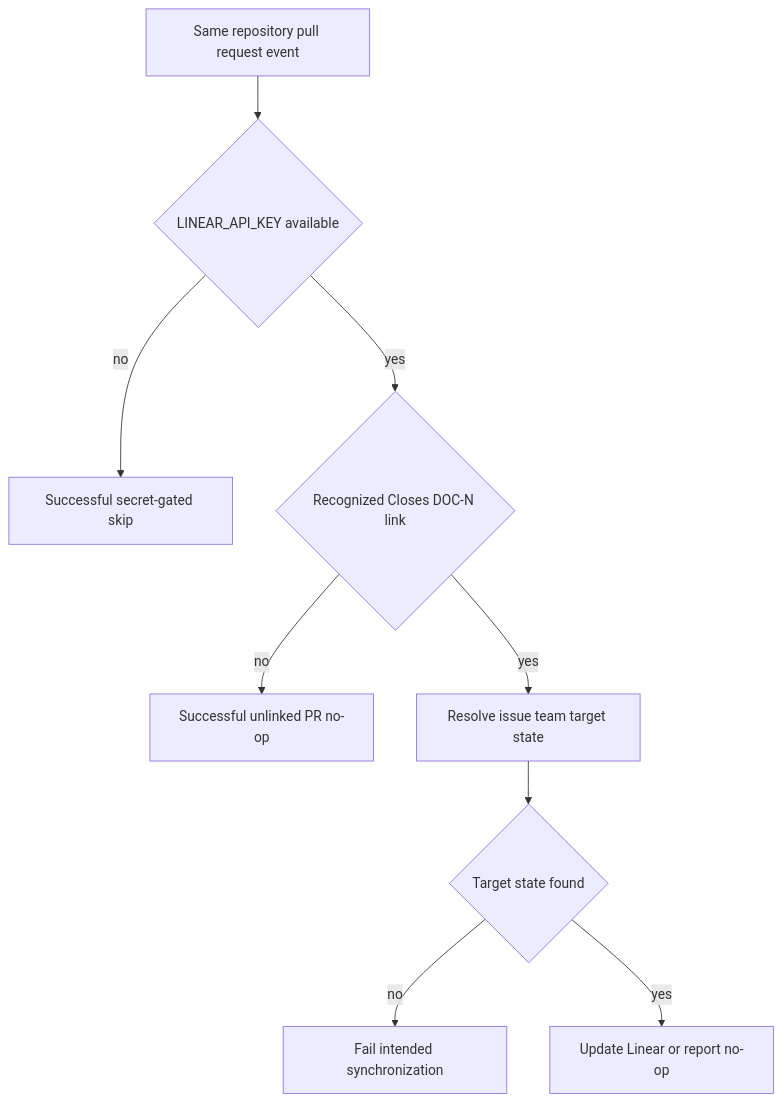
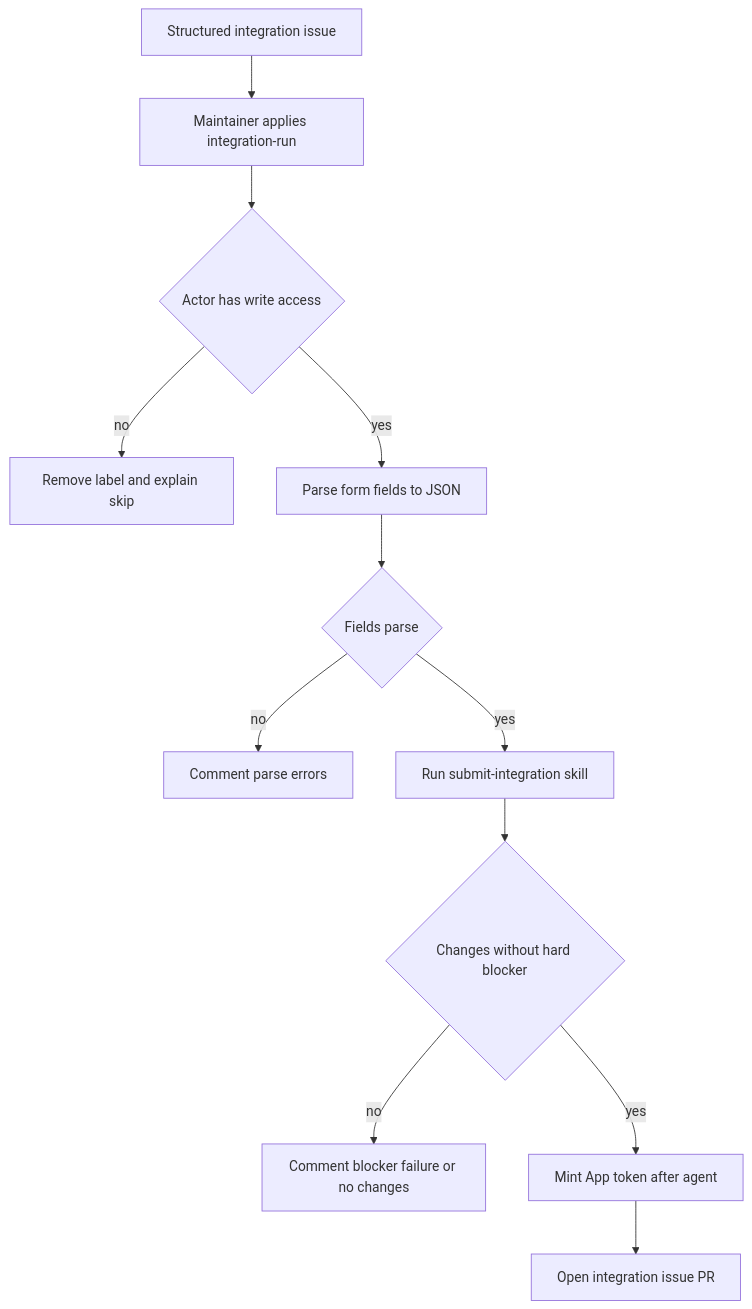
The diagram in openwiki/quickstart.md (rishi-raj-jain/docs-1), drawn with Mermaid before and after one commit. The commit also changed other lines of this file and 33 other files, not shown here.

````diff
--- a/openwiki/quickstart.md
+++ b/openwiki/quickstart.md
@@ -145,11 +114,14 @@
 ```mermaid
 flowchart TD
-  Event["Same repository pull request event"] --> Gate{"LINEAR_API_KEY available"}
-  Gate -->|"no"| SecretSkip["Successful secret-gated skip"]
-  Gate -->|"yes"| Link{"Recognized Closes DOC-N link"}
-  Link -->|"no"| LinkSkip["Successful unlinked PR no-op"]
-  Link -->|"yes"| Resolve["Resolve issue team target state"]
-  Resolve --> Target{"Target state found"}
-  Target -->|"no"| Failure["Fail intended synchronization"]
-  Target -->|"yes"| Update["Update Linear or report no-op"]
+  Form["Structured integration issue"] --> Gate["Maintainer applies integration-run"]
+  Gate --> Auth{"Actor has write access"}
+  Auth -->|"no"| Remove["Remove label and explain skip"]
+  Auth -->|"yes"| Parse["Parse form fields to JSON"]
+  Parse --> Valid{"Fields parse"}
+  Valid -->|"no"| Feedback["Comment parse errors"]
+  Valid -->|"yes"| Agent["Run submit-integration skill"]
+  Agent --> Result{"Changes without hard blocker"}
+  Result -->|"no"| Report["Comment blocker failure or no changes"]
+  Result -->|"yes"| Token["Mint App token after agent"]
+  Token --> Pull["Open integration issue PR"]
 ```
````
